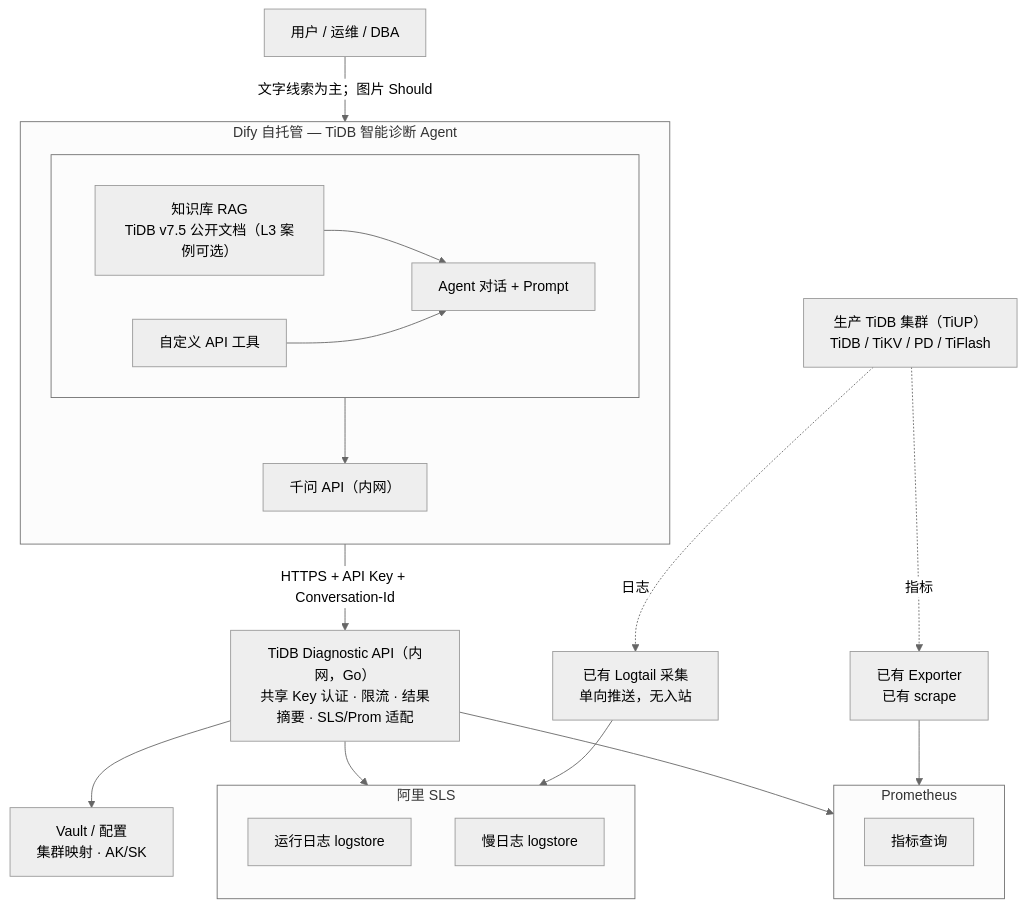
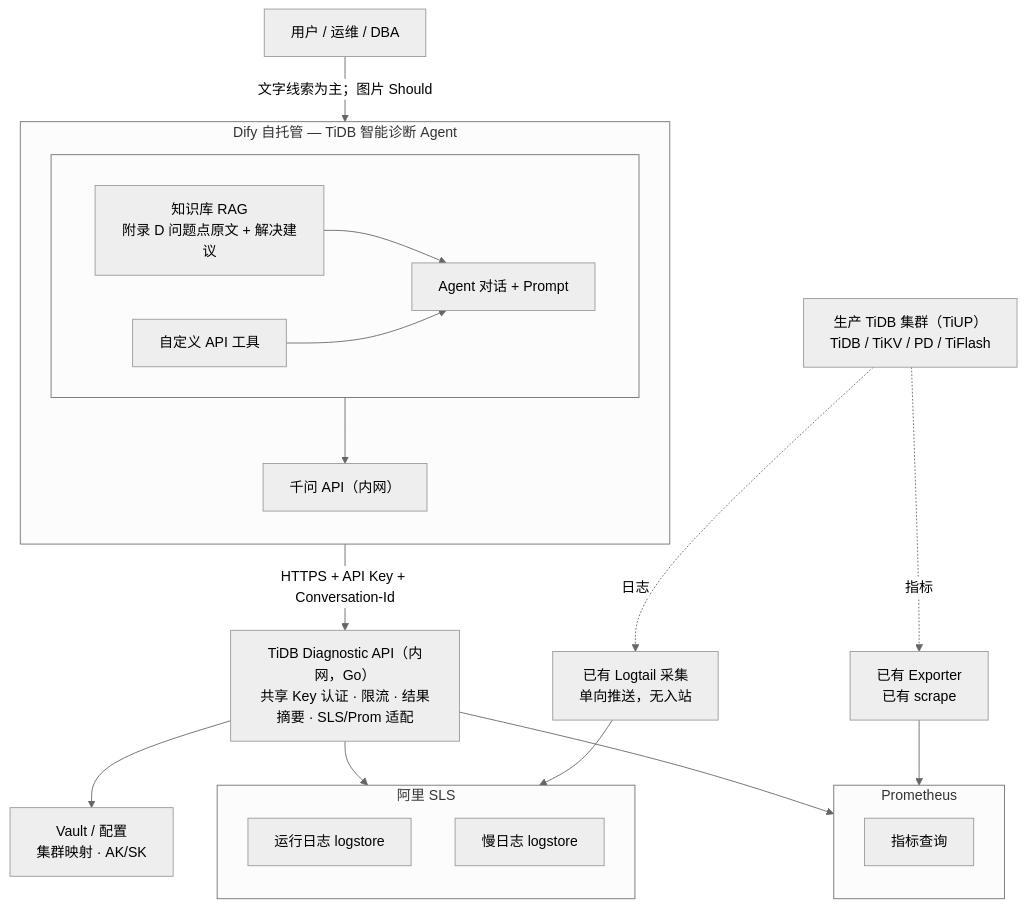
The first of 10 diagrams in docs/tidb-diag-agent-technical-design.md (yangzhengjie/tidb-diag), drawn with Mermaid (neutral theme) before and after one commit. The commit also changed other lines of this file and 1 other file, not shown here.

First line of the commit message:
docs: 同步官网问题点闭环与 Prompt/RAG 设计

````diff
--- a/docs/tidb-diag-agent-technical-design.md
+++ b/docs/tidb-diag-agent-technical-design.md
@@ -14,46 +14,46 @@
 ```mermaid
 flowchart TB
     User["用户 / 运维 / DBA"]
 
     subgraph DifyLayer["Dify 自托管 — TiDB 智能诊断 Agent"]
         direction TB
         subgraph DifyModules[" "]
             direction LR
             Agent["Agent 对话 + Prompt"]
-            RAG["知识库 RAG<br/>TiDB v7.5 公开文档（L3 案例可选）"]
+            RAG["知识库 RAG<br/>附录 D 问题点原文 + 解决建议"]
             Tools["自定义 API 工具"]
         end
         Agent --> Qwen
         RAG --> Agent
         Tools --> Agent
         Qwen["千问 API（内网）"]
     end
 
     API["TiDB Diagnostic API（内网，Go）<br/>共享 Key 认证 · 限流 · 结果摘要 · SLS/Prom 适配"]
 
     subgraph SLSLayer["阿里 SLS"]
         direction TB
         Runtime["运行日志 logstore"]
         Slow["慢日志 logstore"]
     end
 
     subgraph PromLayer["Prometheus"]
         direction TB
         Metrics["指标查询"]
     end
 
     Vault["Vault / 配置<br/>集群映射 · AK/SK"]
     Logtail["已有 Logtail 采集<br/>单向推送，无入站"]
     Exporter["已有 Exporter<br/>已有 scrape"]
     Prod["生产 TiDB 集群（TiUP）<br/>TiDB / TiKV / PD / TiFlash"]
 
     User -->|文字线索为主；图片 Should| Agent
     DifyLayer -->|HTTPS + API Key + Conversation-Id| API
     API --> SLSLayer
     API --> PromLayer
     API --> Vault
     Prod -.->|日志| Logtail
     Prod -.->|指标| Exporter
     Logtail --> SLSLayer
     Exporter --> PromLayer
 ```
````
